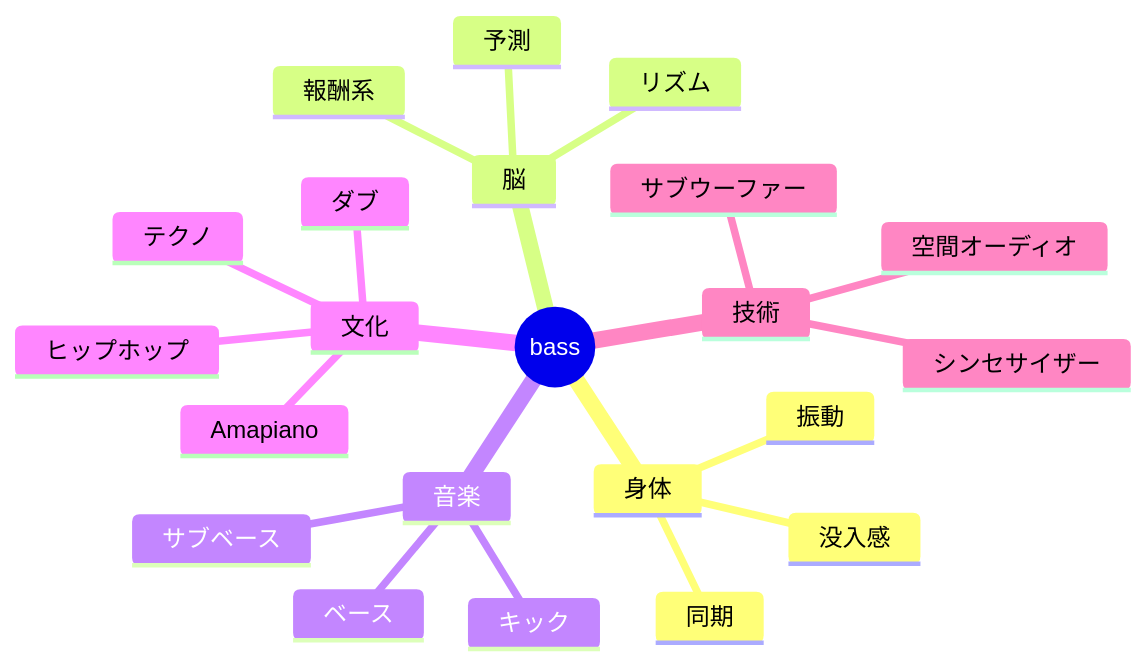
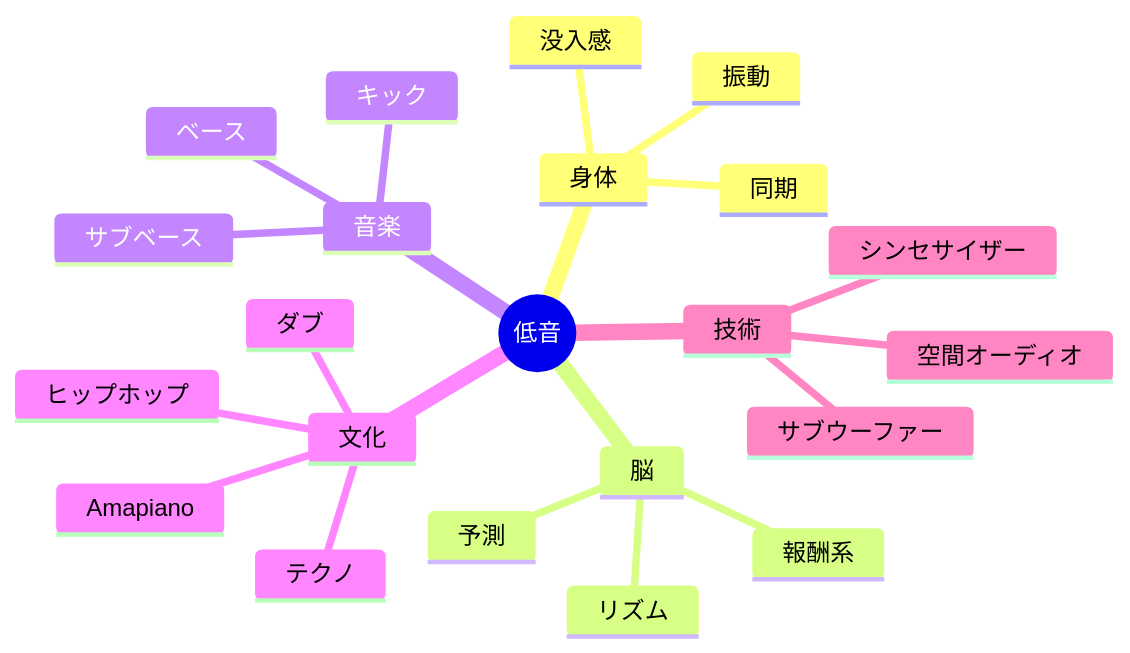
Before and after one commit to monumental-movement/monumental-movement.github.io: the tenth of 10 diagrams in en/_posts/2026-08-01-column-why-bass-feels-good.md, drawn with Mermaid. The commit also changed other lines of this file and 2196 other files, not shown here.

```diff
--- a/en/_posts/2026-08-01-column-why-bass-feels-good.md
+++ b/en/_posts/2026-08-01-column-why-bass-feels-good.md
@@ -1034,25 +1034,25 @@
 <div class="mermaid">
 mindmap
-  root((bass))
+  root((低音))
     身体
       振動
       同期
       没入感
     脳
       予測
       リズム
       報酬系
     音楽
       ベース
       キック
       サブベース
     文化
       ダブ
       ヒップホップ
       テクノ
       Amapiano
     技術
       サブウーファー
       シンセサイザー
       空間オーディオ
 </div>
```
